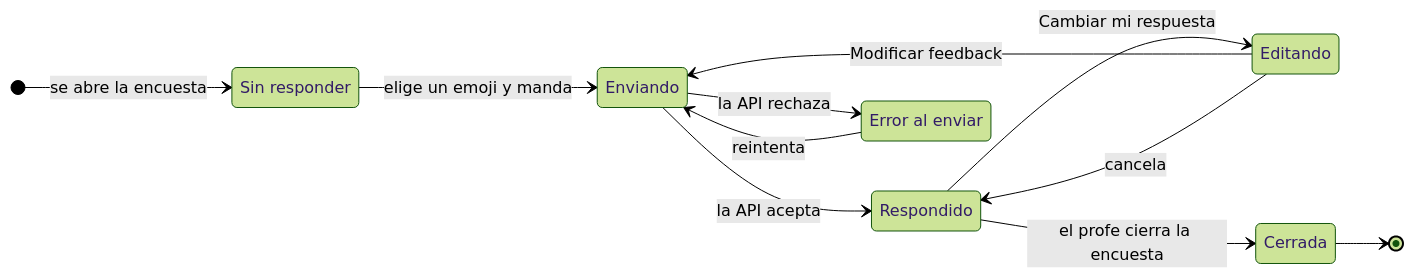
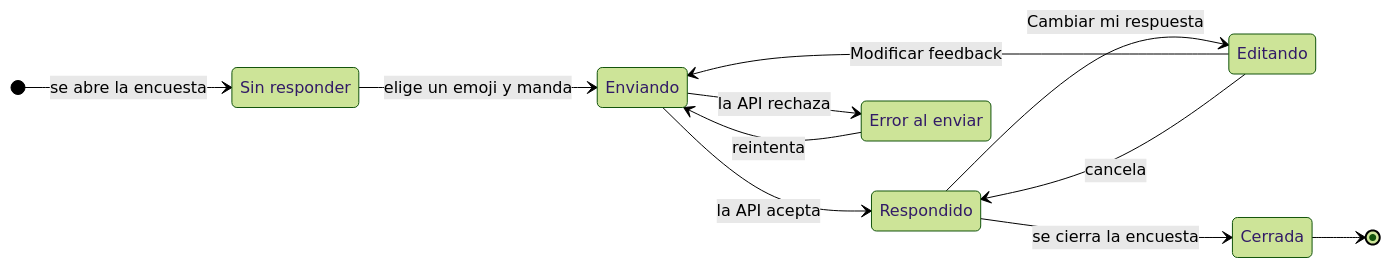
One commit to filadd/agentic-engineering-famaf-extension-course changed the fourth of 5 diagrams in app/docs/architecture/feedback-de-sesion.md. Above: the diagram before and after it, drawn with Mermaid (forest theme). The commit also changed other lines of this file and 12 other files, not shown here.

````diff
--- a/app/docs/architecture/feedback-de-sesion.md
+++ b/app/docs/architecture/feedback-de-sesion.md
@@ -98,21 +100,21 @@
 ```mermaid
 stateDiagram-v2
     direction LR
     state "Sin responder" as SinResponder
     state "Enviando" as Enviando
     state "Respondido" as Respondido
     state "Editando" as Editando
     state "Error al enviar" as Error
     state "Cerrada" as Cerrada
 
     [*] --> SinResponder: se abre la encuesta
     SinResponder --> Enviando: elige un emoji y manda
     Enviando --> Respondido: la API acepta
     Enviando --> Error: la API rechaza
     Error --> Enviando: reintenta
     Respondido --> Editando: Cambiar mi respuesta
     Editando --> Enviando: Modificar feedback
     Editando --> Respondido: cancela
-    Respondido --> Cerrada: el profe cierra la encuesta
+    Respondido --> Cerrada: se cierra la encuesta
     Cerrada --> [*]
 ```
````
